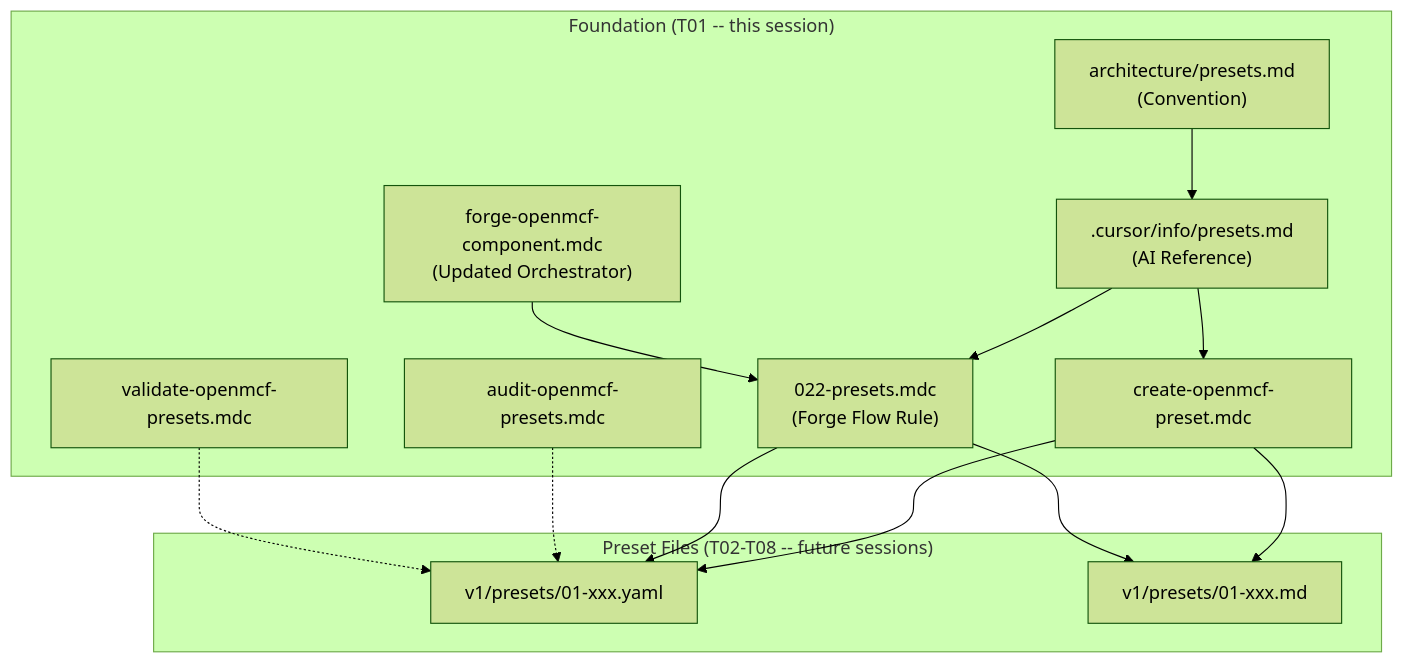
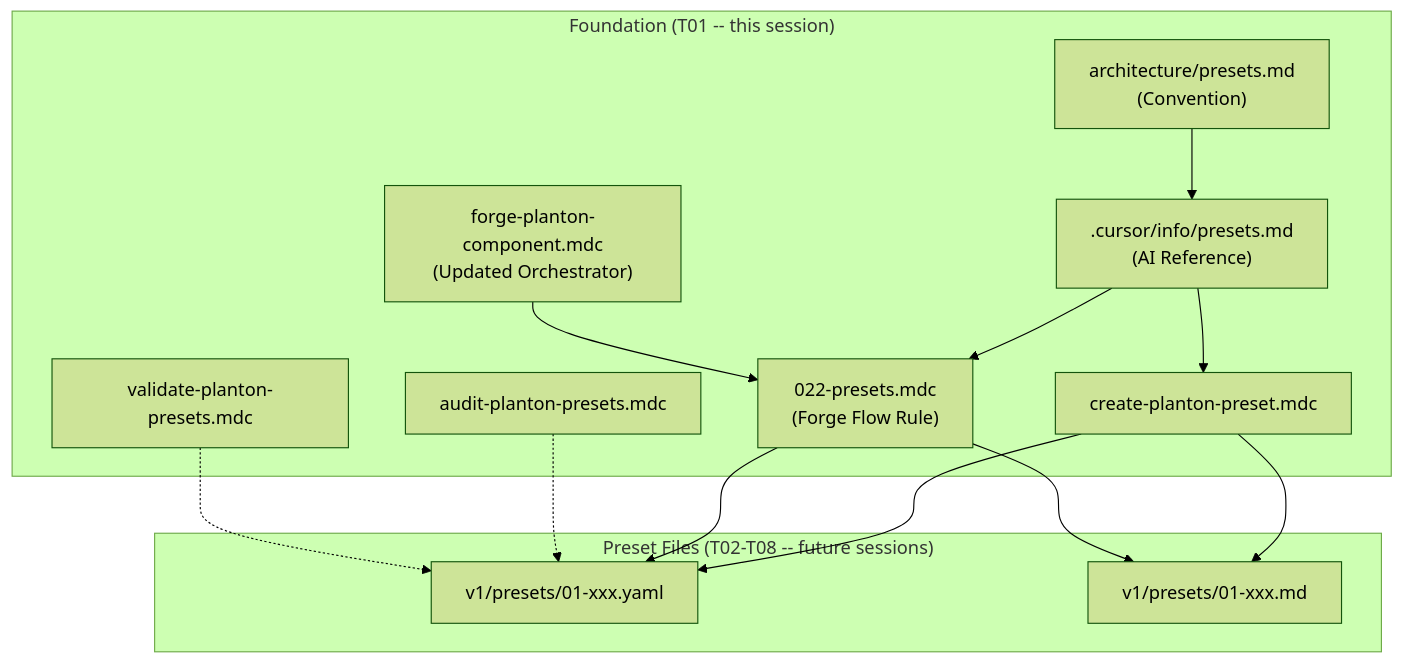
One commit to plantonhq/planton changed the diagram in _changelog/2026-02/2026-02-14-075740-presets-system-foundation.md. Above: the diagram before and after it, drawn with Mermaid (forest theme). The commit also changed other lines of this file and 26098 other files, not shown here.

````diff
--- a/_changelog/2026-02/2026-02-14-075740-presets-system-foundation.md
+++ b/_changelog/2026-02/2026-02-14-075740-presets-system-foundation.md
@@ -29,28 +29,28 @@
 ```mermaid
 flowchart TB
     subgraph Foundation["Foundation (T01 -- this session)"]
         Conv["architecture/presets.md\n(Convention)"]
         AIRef[".cursor/info/presets.md\n(AI Reference)"]
-        RCreate["create-openmcf-preset.mdc"]
-        RAudit["audit-openmcf-presets.mdc"]
-        RValidate["validate-openmcf-presets.mdc"]
+        RCreate["create-planton-preset.mdc"]
+        RAudit["audit-planton-presets.mdc"]
+        RValidate["validate-planton-presets.mdc"]
         ForgeFlow["022-presets.mdc\n(Forge Flow Rule)"]
-        ForgeOrch["forge-openmcf-component.mdc\n(Updated Orchestrator)"]
+        ForgeOrch["forge-planton-component.mdc\n(Updated Orchestrator)"]
     end
 
     subgraph Presets["Preset Files (T02-T08 -- future sessions)"]
         YAML["v1/presets/01-xxx.yaml"]
         MD["v1/presets/01-xxx.md"]
     end
 
     Conv --> AIRef
     AIRef --> RCreate
     AIRef --> ForgeFlow
     RCreate --> YAML
     RCreate --> MD
     ForgeFlow --> YAML
     ForgeFlow --> MD
     RAudit -.-> YAML
     RValidate -.-> YAML
     ForgeOrch --> ForgeFlow
 ```
````
